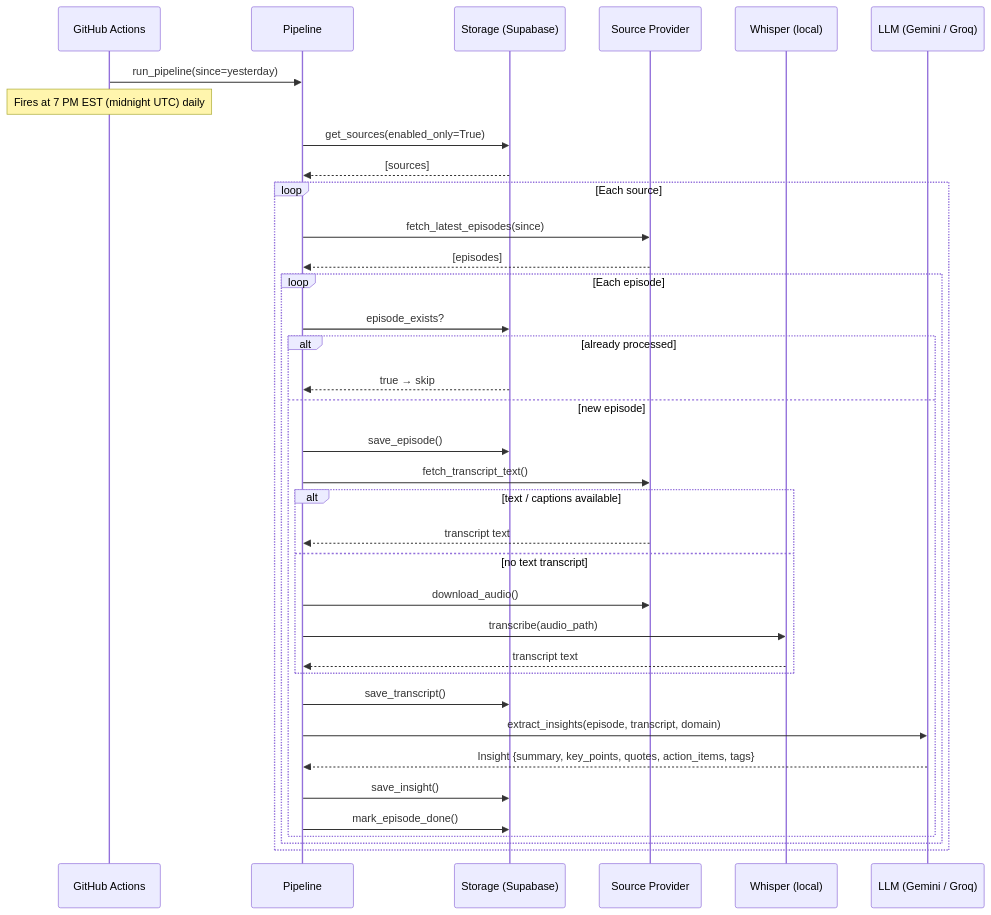
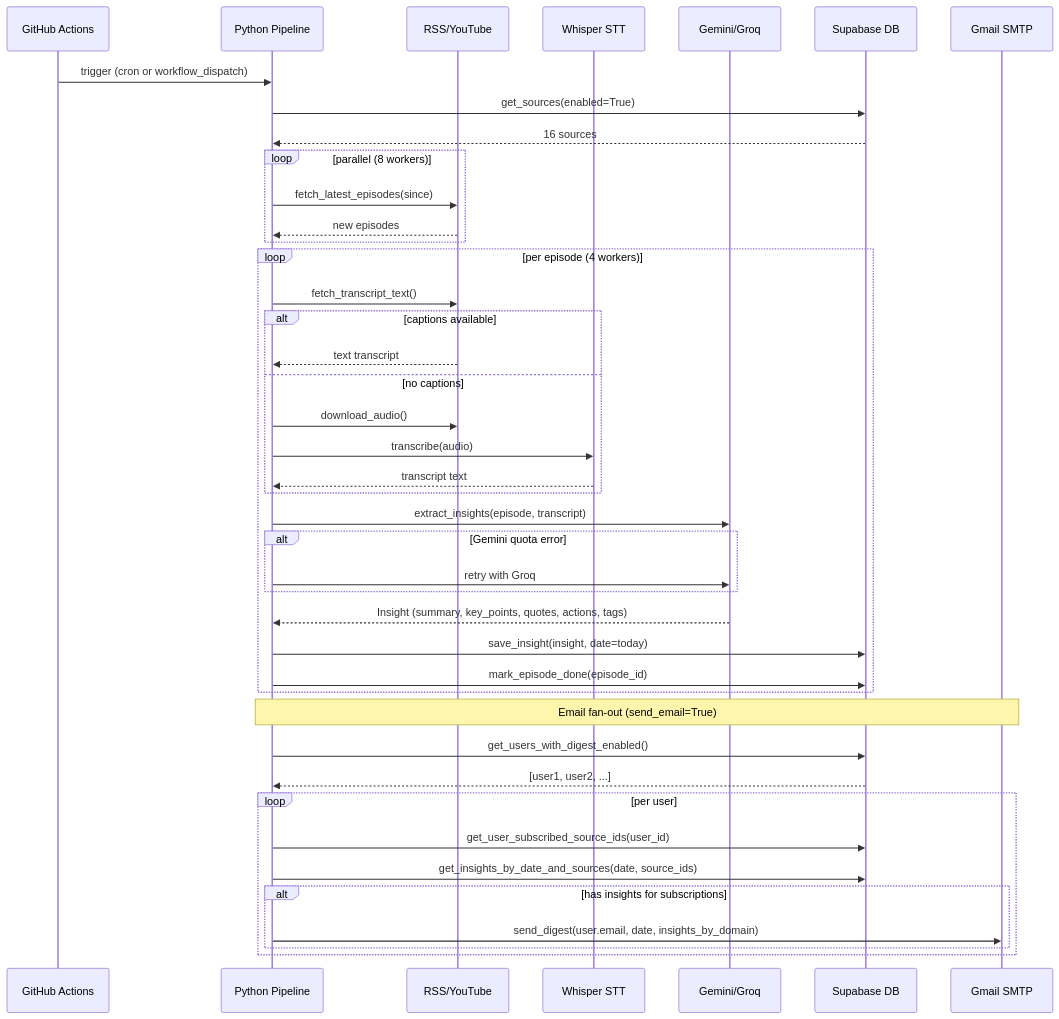
Before and after one commit to vtghub/PodcastsSummarizer: the first of 8 diagrams in docs/request-workflow.md, drawn with Mermaid. The commit also changed other lines of this file and 3 other files, not shown here.

First line of the commit message:
docs: update architecture and workflow diagrams post-PR #31-33

````diff
--- a/docs/request-workflow.md
+++ b/docs/request-workflow.md
@@ -5,41 +5,48 @@
 ```mermaid
 sequenceDiagram
-    participant GHA as GitHub Actions
-    participant P as Pipeline
-    participant S as Storage (Supabase)
-    participant SRC as Source Provider
-    participant W as Whisper (local)
-    participant LLM as LLM (Gemini / Groq)
+    participant GH as GitHub Actions
+    participant PY as Python Pipeline
+    participant RSS as RSS/YouTube
+    participant W as Whisper STT
+    participant LLM as Gemini/Groq
+    participant DB as Supabase DB
+    participant MAIL as Gmail SMTP
 
-    GHA->>P: run_pipeline(since=yesterday)
-    Note over GHA: Fires at 7 PM EST (midnight UTC) daily
-    P->>S: get_sources(enabled_only=True)
-    S-->>P: [sources]
+    GH->>PY: trigger (cron or workflow_dispatch)
+    PY->>DB: get_sources(enabled=True)
+    DB-->>PY: 16 sources
 
-    loop Each source
-        P->>SRC: fetch_latest_episodes(since)
-        SRC-->>P: [episodes]
+    loop parallel (8 workers)
+        PY->>RSS: fetch_latest_episodes(since)
+        RSS-->>PY: new episodes
+    end
 
-        loop Each episode
-            P->>S: episode_exists?
-            alt already processed
-                S-->>P: true → skip
-            else new episode
-                P->>S: save_episode()
-                P->>SRC: fetch_transcript_text()
-                alt text / captions available
-                    SRC-->>P: transcript text
-                else no text transcript
-                    P->>SRC: download_audio()
-                    P->>W: transcribe(audio_path)
-                    W-->>P: transcript text
-                end
-                P->>S: save_transcript()
-                P->>LLM: extract_insights(episode, transcript, domain)
-                LLM-->>P: Insight {summary, key_points, quotes, action_items, tags}
-                P->>S: save_insight()
-                P->>S: mark_episode_done()
-            end
+    loop per episode (4 workers)
+        PY->>RSS: fetch_transcript_text()
+        alt captions available
+            RSS-->>PY: text transcript
+        else no captions
+            PY->>RSS: download_audio()
+            PY->>W: transcribe(audio)
+            W-->>PY: transcript text
+        end
+        PY->>LLM: extract_insights(episode, transcript)
+        alt Gemini quota error
+            PY->>LLM: retry with Groq
+        end
+        LLM-->>PY: Insight (summary, key_points, quotes, actions, tags)
+        PY->>DB: save_insight(insight, date=today)
+        PY->>DB: mark_episode_done(episode_id)
+    end
+
+    Note over PY,MAIL: Email fan-out (send_email=True)
+    PY->>DB: get_users_with_digest_enabled()
+    DB-->>PY: [user1, user2, ...]
+    loop per user
+        PY->>DB: get_user_subscribed_source_ids(user_id)
+        PY->>DB: get_insights_by_date_and_sources(date, source_ids)
+        alt has insights for subscriptions
+            PY->>MAIL: send_digest(user.email, date, insights_by_domain)
         end
     end
 ```
````
